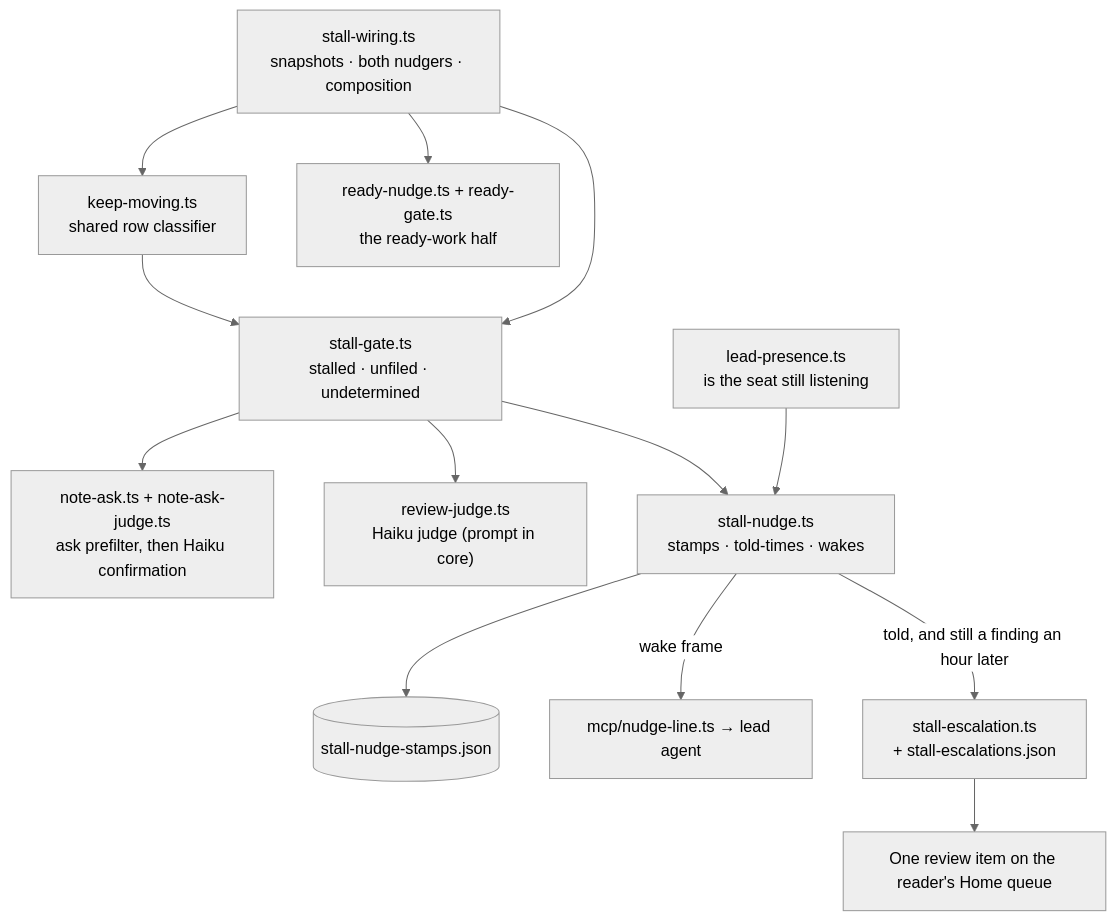
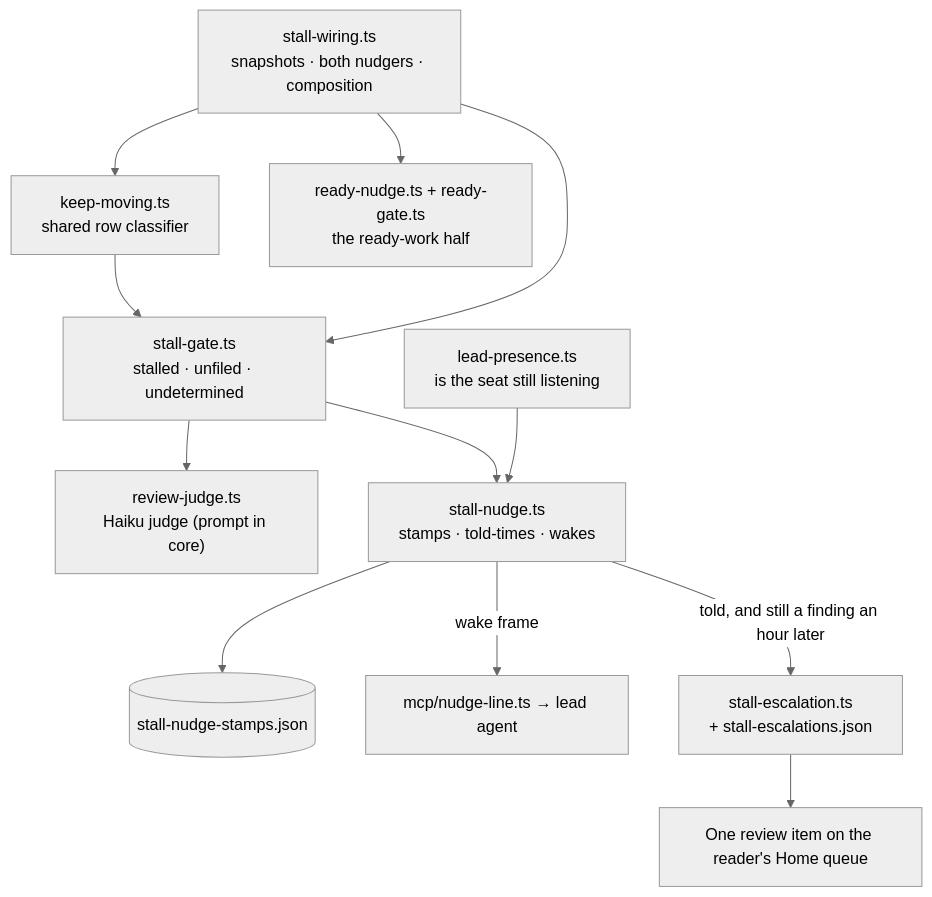
One commit to fryanpan/claude-workspaces-plugin changed the diagram in docs/architecture/stall-detection.md. Above: the diagram before and after it, drawn with Mermaid (neutral theme). The commit also changed other lines of this file and 28 other files, not shown here.

````diff
--- a/docs/architecture/stall-detection.md
+++ b/docs/architecture/stall-detection.md
@@ -21,16 +21,15 @@
 ```mermaid
 flowchart TB
   W["stall-wiring.ts<br/>snapshots · both nudgers · composition"]
   W --> KM["keep-moving.ts<br/>shared row classifier"]
   W --> RN["ready-nudge.ts + ready-gate.ts<br/>the ready-work half"]
   KM --> G["stall-gate.ts<br/>stalled · unfiled · undetermined"]
   W --> G
-  G --> NA["note-ask.ts + note-ask-judge.ts<br/>ask prefilter, then Haiku confirmation"]
   G --> RJ["review-judge.ts<br/>Haiku judge (prompt in core)"]
   G --> N["stall-nudge.ts<br/>stamps · told-times · wakes"]
   LP["lead-presence.ts<br/>is the seat still listening"] --> N
   N --> ST[("stall-nudge-stamps.json")]
   N -->|wake frame| NL["mcp/nudge-line.ts → lead agent"]
   N -->|"told, and still a finding an hour later"| ESC["stall-escalation.ts<br/>+ stall-escalations.json"]
   ESC --> Q["One review item on the reader's Home queue"]
 ```
````
